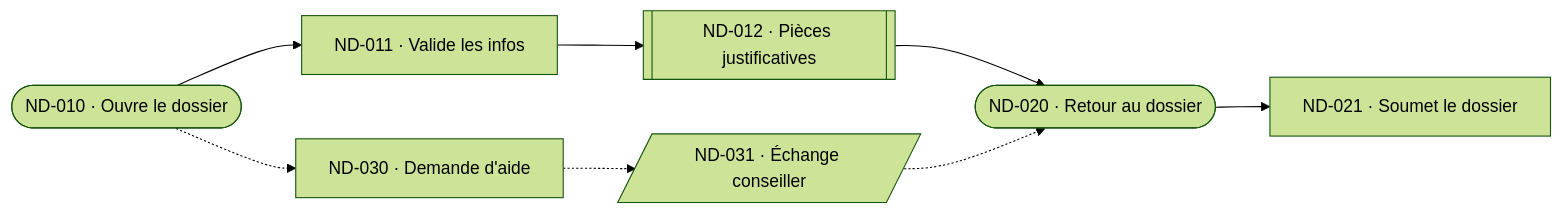
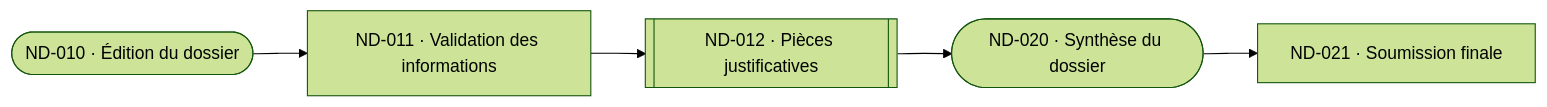
One commit to Pi0up/ai-skills changed the third of 4 diagrams in specs/spec-preview.md. Above: the diagram before and after it, drawn with Mermaid (forest theme). The commit also changed other lines of this file and 2 other files, not shown here.

Commit message:
docs(spec-preview): revision v1.5 de la spec Studio (UC vs PF, courbes cross, stacking badges/tags, minification, cartes ATT/ACT)

````diff
--- a/specs/spec-preview.md
+++ b/specs/spec-preview.md
@@ -798,27 +778,19 @@
 ```mermaid
-%%@file id=UC-DOSSIER-overview project=DOSSIER kind=userflow view=uc uc=UC-DOSSIER obj=OBJ-DOSSIER-01 roles=MANAGER title="Cas d'Usage : Soumettre un Dossier (Vue Unifiée)" version="1.1"
+%%@file id=PF-DOSSIER-NOM project=DOSSIER kind=userflow uc=UC-DOSSIER obj=OBJ-DOSSIER-01 statut=nominal roles=MANAGER title="Soumission d'un dossier" version="1.1"
 %%@node ND010 code=C010:EDIT type=ECR order=1
 %%@node ND011 ref=FEAT-VALIDER-INFOS type=ACT order=2
 %%@node ND012 ref=PF-DOSSIER-PJ-SEG type=CALL order=3
 %%@node ND020 code=C010 type=ECR order=4
 %%@node ND021 ref=FEAT-SOUMETTRE type=ACT order=5
-%%@node ND030 ref=FEAT-DEMANDER-AIDE type=ACT order=6
-%%@node ND031 code=EXT-SUPPORT type=EXT obs=none break=yes resume=ND020 persist=external delay=days order=7
 %%@edge ND010>ND011 kind=nominal
 %%@edge ND011>ND012 kind=nominal
 %%@edge ND012>ND020 kind=nominal
 %%@edge ND020>ND021 kind=nominal
-%%@edge ND010>ND030 kind=diverge
-%%@edge ND030>ND031 kind=variant
-%%@edge ND031>ND020 kind=rejoin
 flowchart LR
-  ND010(["ND-010 · Ouvre le dossier"])
-  ND011["ND-011 · Valide les infos"]
+  ND010(["ND-010 · Édition du dossier"])
+  ND011["ND-011 · Validation des informations"]
   ND012[["ND-012 · Pièces justificatives"]]
-  ND020(["ND-020 · Retour au dossier"])
-  ND021["ND-021 · Soumet le dossier"]
-  ND030["ND-030 · Demande d'aide"]
-  ND031[/"ND-031 · Échange conseiller"/]
+  ND020(["ND-020 · Synthèse du dossier"])
+  ND021["ND-021 · Soumission finale"]
   ND010 --> ND011 --> ND012 --> ND020 --> ND021
-  ND010 -.-> ND030 -.-> ND031 -.-> ND020
 ```
````
